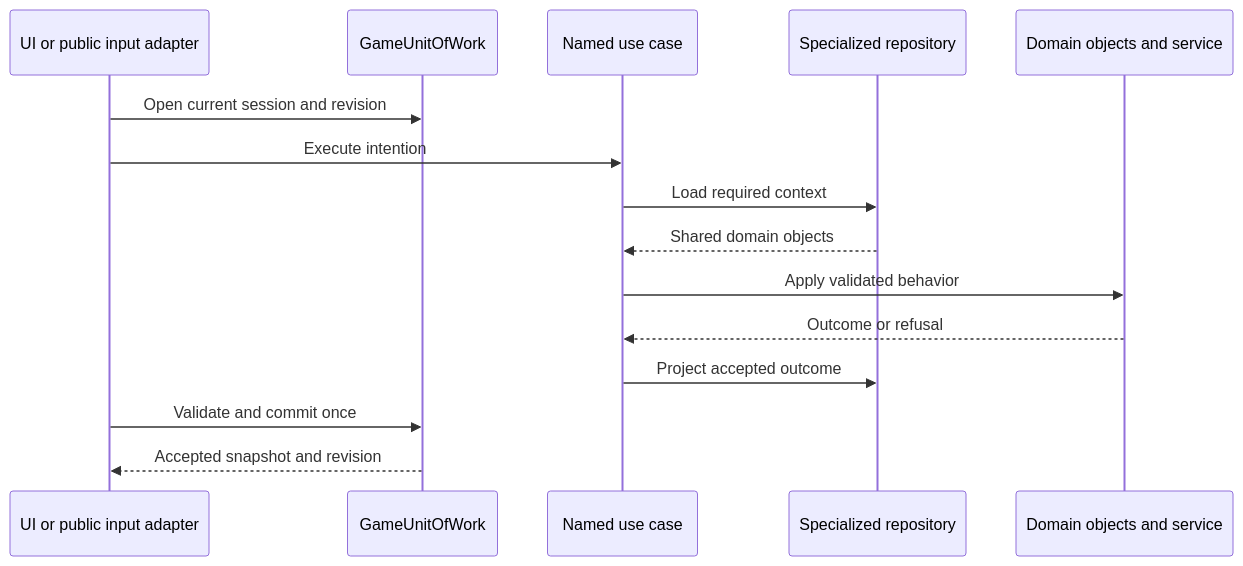
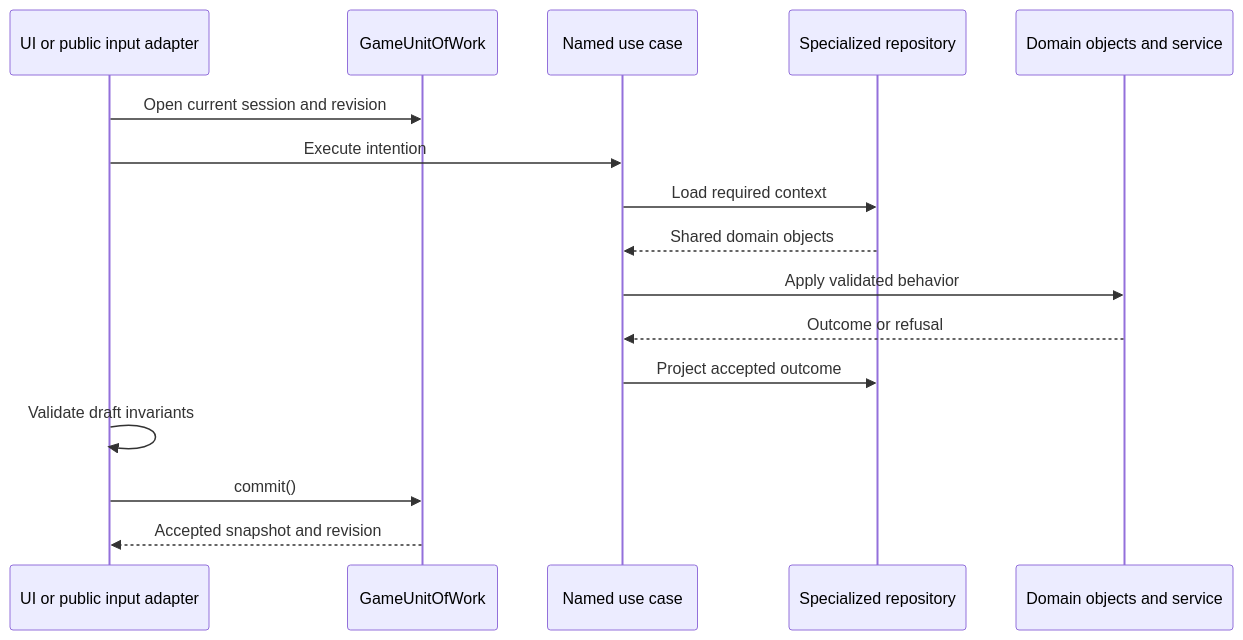
One commit to fsodano/granaderos changed the second of 4 diagrams in docs/architecture/runtime-flows.md. Above: the diagram before and after it, drawn with Mermaid. The commit also changed other lines of this file and 1182 other files, not shown here.

````diff
--- a/docs/architecture/runtime-flows.md
+++ b/docs/architecture/runtime-flows.md
@@ -51,17 +42,18 @@
 ```mermaid
 sequenceDiagram
   participant Input as UI or public input adapter
   participant Tx as GameUnitOfWork
   participant UC as Named use case
   participant Repo as Specialized repository
   participant Domain as Domain objects and service
   Input->>Tx: Open current session and revision
   Input->>UC: Execute intention
   UC->>Repo: Load required context
   Repo-->>UC: Shared domain objects
   UC->>Domain: Apply validated behavior
   Domain-->>UC: Outcome or refusal
   UC->>Repo: Project accepted outcome
-  Input->>Tx: Validate and commit once
+  Input->>Input: Validate draft invariants
+  Input->>Tx: commit()
   Tx-->>Input: Accepted snapshot and revision
 ```
````
